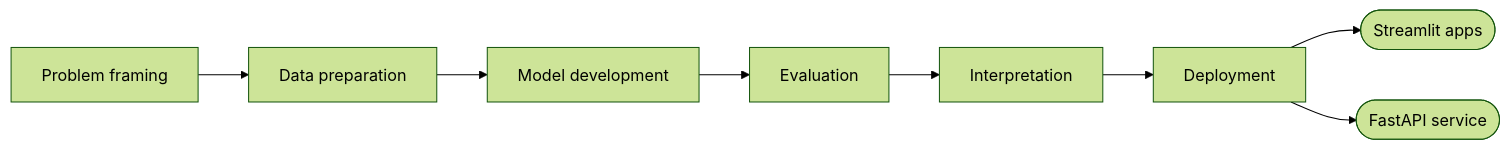
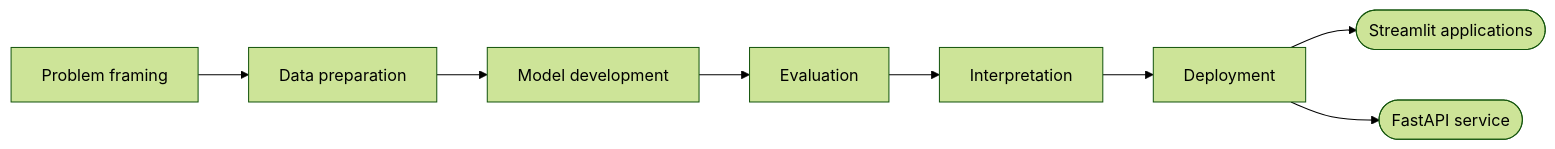
Before and after one commit to rj1230/machine-learning-portfolio: the first of 2 diagrams in README.md, drawn with Mermaid (forest theme). The commit also changed other lines of this file, not shown here.

````diff
--- a/README.md
+++ b/README.md
@@ -40,10 +40,10 @@
 ```mermaid
 flowchart LR
     A[Problem framing] --> B[Data preparation]
     B --> C[Model development]
     C --> D[Evaluation]
     D --> E[Interpretation]
     E --> F[Deployment]
-    F --> G([Streamlit apps])
+    F --> G([Streamlit applications])
     F --> H([FastAPI service])
 ```
````
